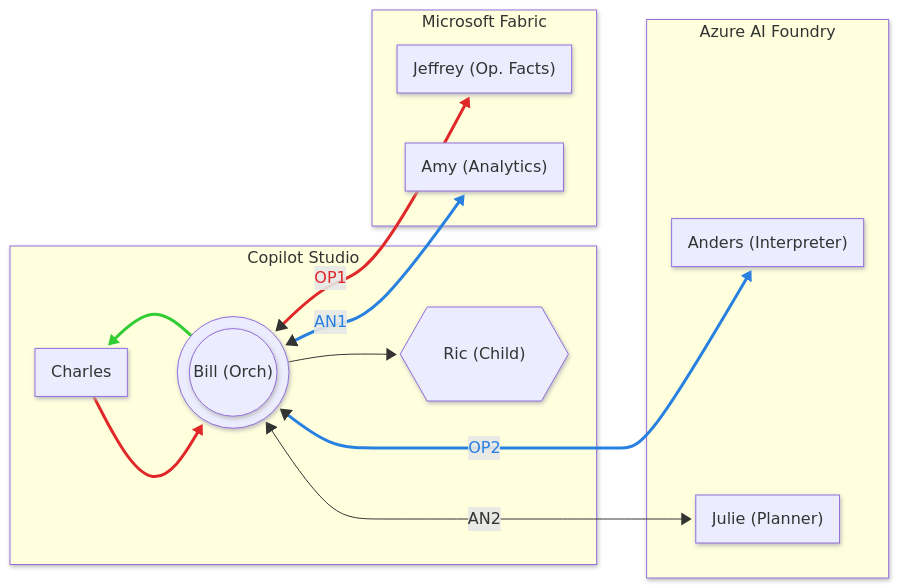
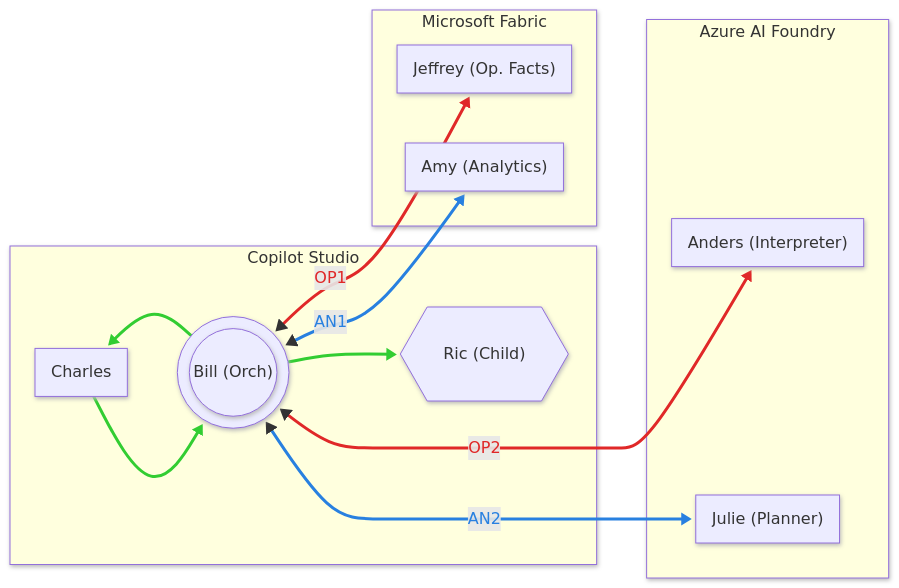
The diagram in assets/global-arch.mermaid (warnov/taller-multi-agentic), drawn with Mermaid before and after one commit.

Commit message:
Update connections and link styles in global-arch

```diff
--- a/assets/global-arch.mermaid
+++ b/assets/global-arch.mermaid
@@ -1,36 +1,42 @@
 ---
 config:
   look: neo
 ---
 flowchart LR
 
   subgraph CS["Copilot Studio"]
     Charles["Charles"]
     Bill((("Bill (Orch)")))
     Ric{{"Ric (Child)"}}
   end
 
   subgraph MF["Microsoft Fabric"]
     Jeffrey["Jeffrey (Op. Facts)"]
     Amy["Amy (Analytics)"]
   end
 
   subgraph AF["Azure AI Foundry"]
     Anders["Anders (Interpreter)"]
     Julie["Julie (Planner)"]
   end
 
+  %% Conexión invisible (Índice 0)
   MF ~~~ AF
-  Charles -- " " --> Bill
+
+  %% Conexiones
+  Charles --> Bill
+  Bill --> Charles
+  Bill --> Ric
   Bill <-->|OP1| Jeffrey
   Bill <-->|OP2| Anders
   Bill <-->|AN1| Amy
   Bill <-->|AN2| Julie
-  Bill -- " " --> Charles
-  Bill --> Ric
 
-  linkStyle 1 stroke:#E02828,stroke-width:3px,color:#E02828
-  linkStyle 2 stroke:#E02828,stroke-width:3px,color:#E02828
-  linkStyle 3 stroke:#2880E0,stroke-width:3px,color:#2880E0
-  linkStyle 4 stroke:#2880E0,stroke-width:3px,color:#2880E0
-  linkStyle 6 stroke:#32CD32,stroke-width:3px,color:#32CD32
+  %% Estilos Verdes: Internos CS (Charles y Ric)
+  linkStyle 1,2,3 stroke:#32CD32,stroke-width:3px,color:#32CD32
+  
+  %% Estilos Rojos: Operativos (Jeffrey y Anders)
+  linkStyle 4,5 stroke:#E02828,stroke-width:3px,color:#E02828
+  
+  %% Estilos Azules: Analíticos (Amy y Julie)
+  linkStyle 6,7 stroke:#2880E0,stroke-width:3px,color:#2880E0
```
